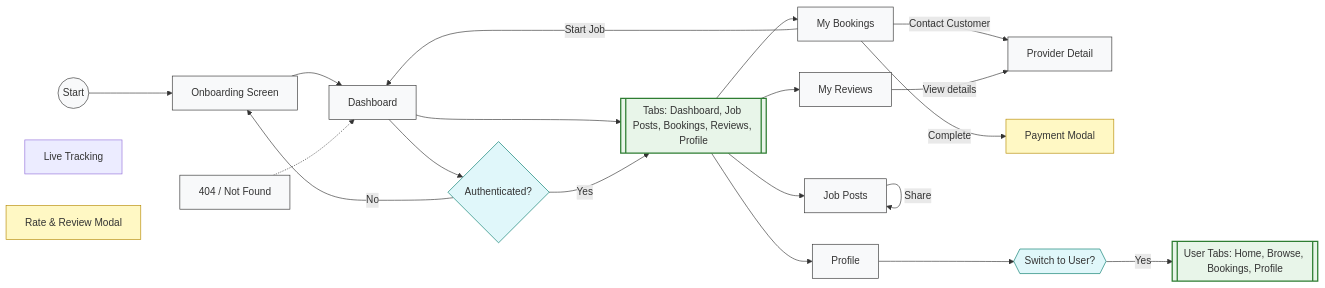
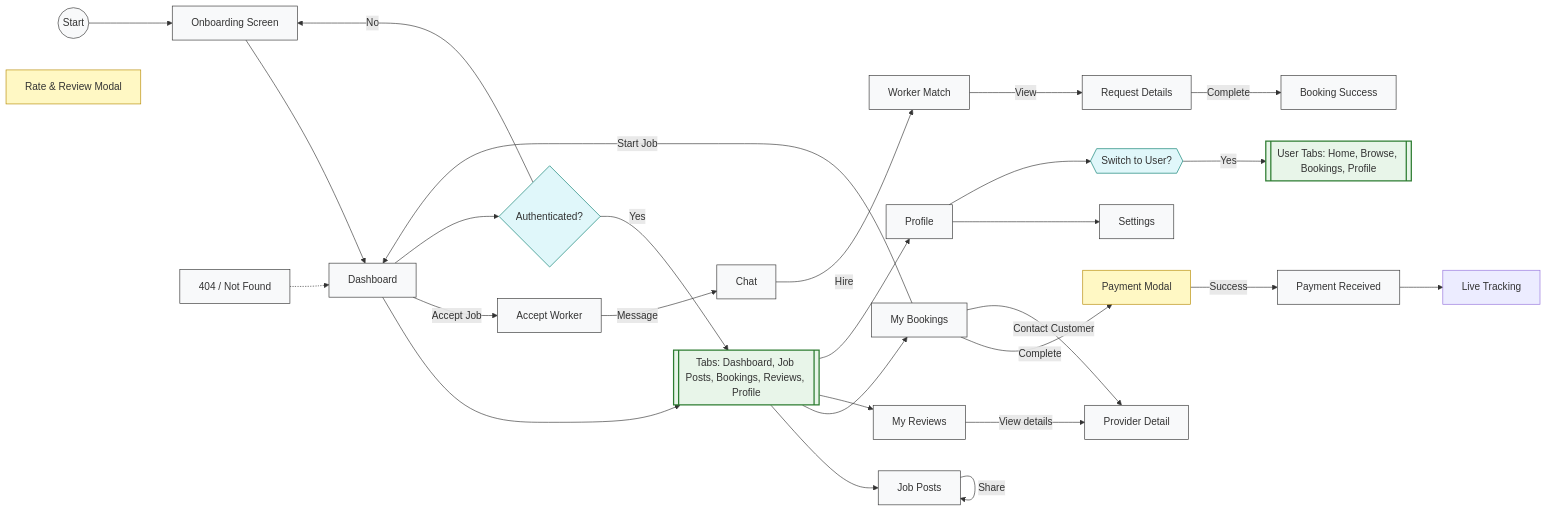
One commit to JoevinCasibua/A-yos-Project changed the diagram in docs/worker-flow.md. Above: the diagram before and after it, drawn with Mermaid. The commit also changed other lines of this file and 1 other file, not shown here.

First line of the commit message:
docs: update worker-flow and user-flow with new screens and palette

````diff
--- a/docs/worker-flow.md
+++ b/docs/worker-flow.md
@@ -46,54 +53,70 @@
 ```mermaid
 flowchart LR
   %% Nodes
   Start((Start))
   Onboarding[Onboarding Screen]
   WorkerDashboard[Dashboard]
   Tabs[[Tabs: Dashboard, Job Posts, Bookings, Reviews, Profile]]
   JobPosts[Job Posts]
   BookingsList[My Bookings]
   ReviewsTab[My Reviews]
   ProfileTab[Profile]
+  Settings[Settings]
   ProviderDetail[Provider Detail]
   Payment[Payment Modal]
+  PaymentReceived[Payment Received]
   Tracking[Live Tracking]
   ReviewModal[Rate & Review Modal]
+  AcceptWorker[Accept Worker]
+  Chat[Chat]
+  Match[Worker Match]
+  RequestDetails[Request Details]
+  BookingSuccess[Booking Success]
   SwitchAccount{{Switch to User?}}
   UserTabs[[User Tabs: Home, Browse, Bookings, Profile]]
   NotFound[404 / Not Found]
 
   %% Flow
   Start --> Onboarding
   Onboarding --> WorkerDashboard
   WorkerDashboard --> Tabs
   Tabs --> JobPosts
   Tabs --> BookingsList
   Tabs --> ReviewsTab
   Tabs --> ProfileTab
 
   JobPosts -->|Comment / Offer| JobPosts
   JobPosts -->|Share| JobPosts
   BookingsList -->|Start Job| WorkerDashboard
   BookingsList -->|Complete| Payment
   BookingsList -->|Contact Customer| ProviderDetail
   ReviewsTab -->|View details| ProviderDetail
+  ProfileTab --> Settings
   ProfileTab --> SwitchAccount
   SwitchAccount -->|Yes| UserTabs
+
+  WorkerDashboard -->|Accept Job| AcceptWorker
+  AcceptWorker -->|Message| Chat
+  Chat -->|Hire| Match
+  Match -->|View| RequestDetails
+  RequestDetails -->|Complete| BookingSuccess
+  Payment -->|Success| PaymentReceived
+  PaymentReceived --> Tracking
 
   NotFound -.-> WorkerDashboard
 
   %% Decisions
   hasAuth{Authenticated?}
   WorkerDashboard --> hasAuth
   hasAuth -->|No| Onboarding
   hasAuth -->|Yes| Tabs
 
   classDef screen fill:#f8f9fa,stroke:#333,stroke-width:1px;
   classDef modal fill:#fff8c4,stroke:#b58900;
   classDef decision fill:#e0f7fa,stroke:#00796b,stroke-width:1px;
   classDef tabgroup fill:#e8f5e9,stroke:#2e7d32,stroke-width:2px;
-  class Start,Onboarding,WorkerDashboard,JobPosts,BookingsList,ReviewsTab,ProfileTab,ProviderDetail,NotFound screen;
+  class Start,Onboarding,WorkerDashboard,JobPosts,BookingsList,ReviewsTab,ProfileTab,Settings,ProviderDetail,AcceptWorker,Chat,Match,RequestDetails,BookingSuccess,PaymentReceived,NotFound screen;
   class Payment,ReviewModal modal;
   class hasAuth,SwitchAccount decision;
   class Tabs,UserTabs tabgroup;
 ```
````
